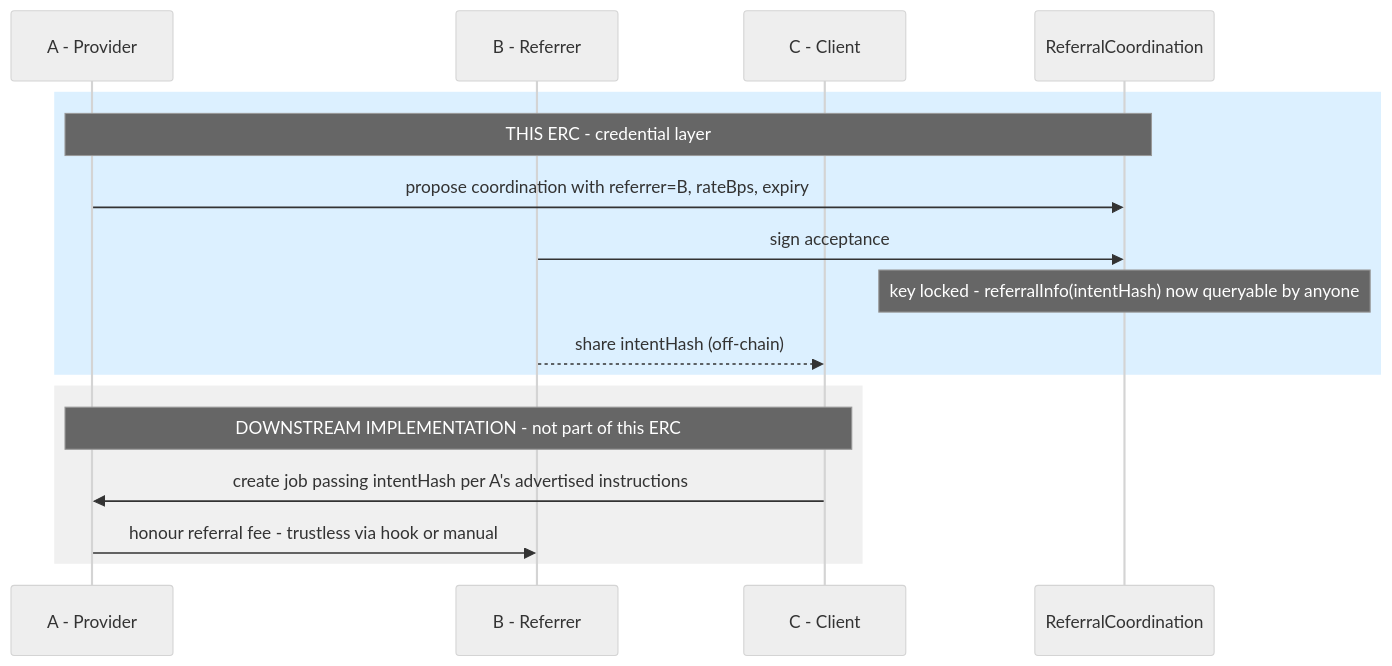
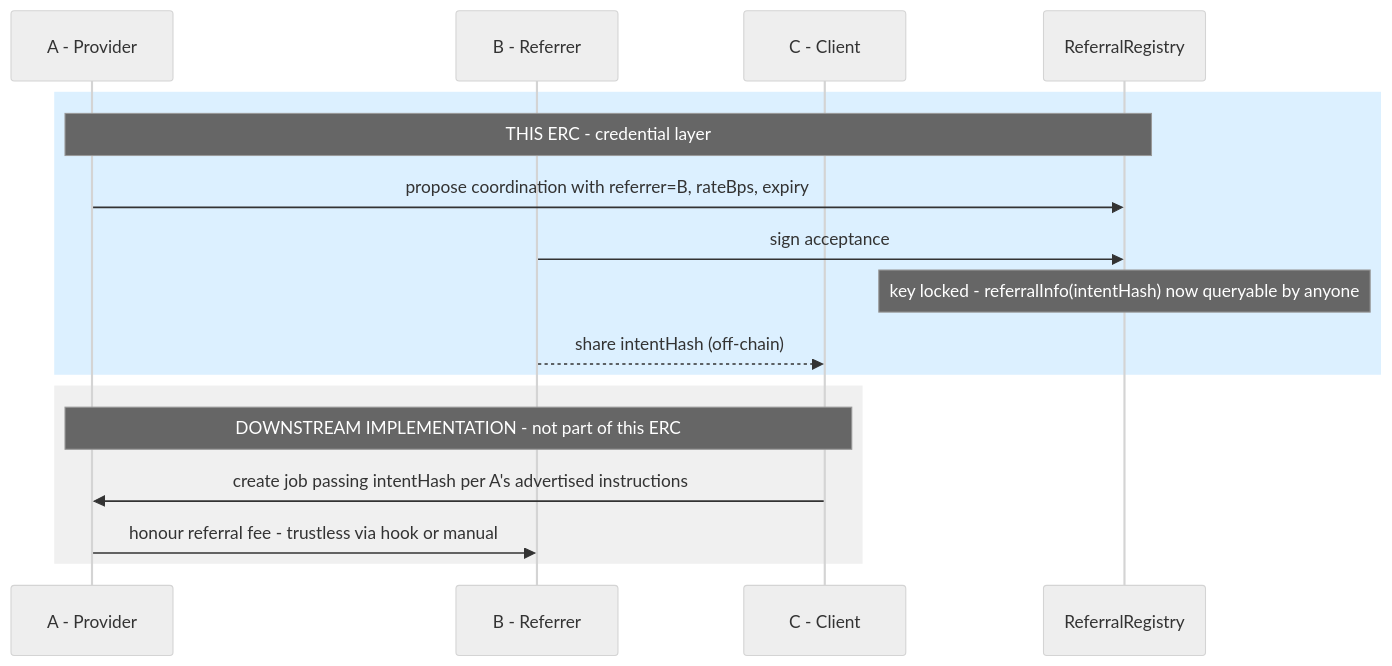
The diagram in README.md (luca-nik/a2a-referral-erc), drawn with Mermaid (neutral theme) before and after one commit. The commit also changed other lines of this file and 1 other file, not shown here.

Commit message:
Rename ReferralCoordination to ReferralRegistry; drop ERC-8004 from built-on claim

````diff
--- a/README.md
+++ b/README.md
@@ -42,24 +41,24 @@
 ```mermaid
 sequenceDiagram
     participant A as A - Provider
     participant B as B - Referrer
     participant C as C - Client
-    participant RC as ReferralCoordination
+    participant RC as ReferralRegistry
 
     rect rgb(220, 240, 255)
         note over A,RC: THIS ERC - credential layer
 
         A->>RC: propose coordination with referrer=B, rateBps, expiry
         B->>RC: sign acceptance
         note over RC: key locked - referralInfo(intentHash) now queryable by anyone
 
         B-->>C: share intentHash (off-chain)
     end
 
     rect rgb(240, 240, 240)
         note over A,C: DOWNSTREAM IMPLEMENTATION - not part of this ERC
 
         C->>A: create job passing intentHash per A's advertised instructions
         A->>B: honour referral fee - trustless via hook or manual
     end
 ```
````
